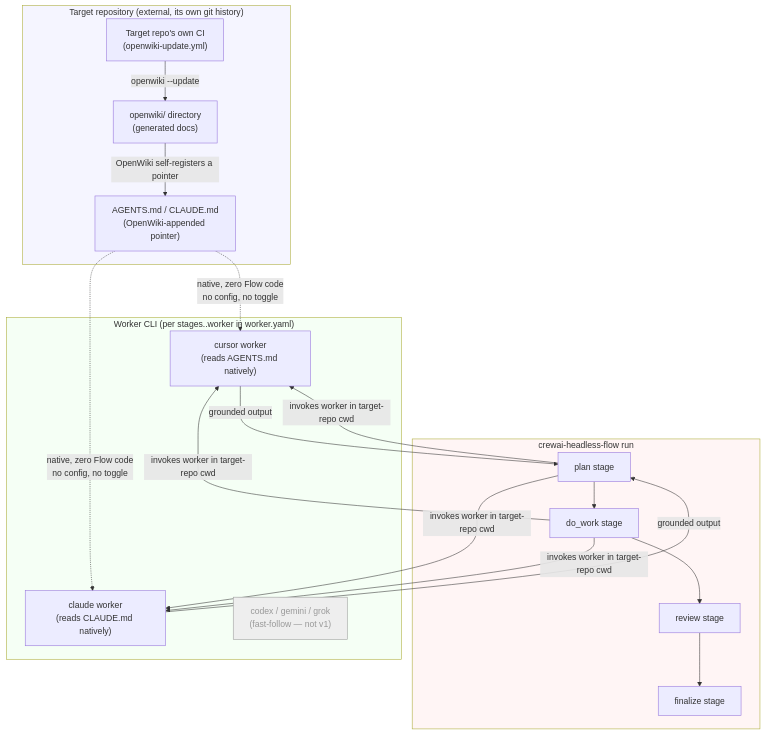
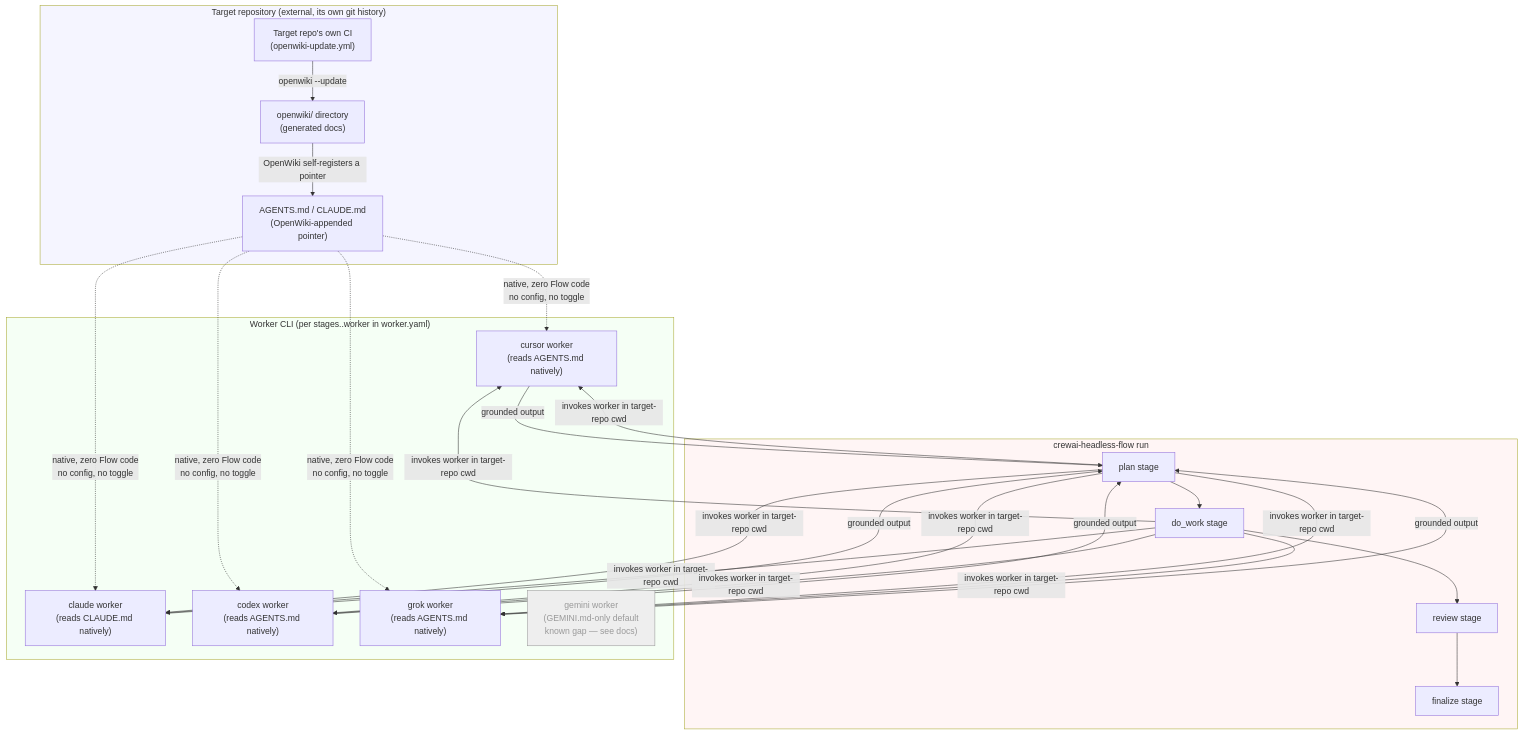
The diagram in docs/plans/2026-07-06-domain-model-integration.md (rmerk/crewai-headless-flow), drawn with Mermaid before and after one commit. The commit also changed other lines of this file and 3 other files, not shown here.

````diff
--- a/docs/plans/2026-07-06-domain-model-integration.md
+++ b/docs/plans/2026-07-06-domain-model-integration.md
@@ -42,40 +42,50 @@
 ```mermaid
 flowchart TD
     subgraph TargetRepo["Target repository (external, its own git history)"]
         CI["Target repo's own CI\n(openwiki-update.yml)"]
         OW["openwiki/ directory\n(generated docs)"]
         AM["AGENTS.md / CLAUDE.md\n(OpenWiki-appended pointer)"]
         CI -->|"openwiki --update"| OW
         OW -->|"OpenWiki self-registers a pointer"| AM
     end
 
     subgraph Flow["crewai-headless-flow run"]
         Plan["plan stage"]
         DoWork["do_work stage"]
         Review["review stage"]
         Finalize["finalize stage"]
         Plan --> DoWork --> Review --> Finalize
     end
 
     subgraph Workers["Worker CLI (per stages.<stage>.worker in worker.yaml)"]
         Cursor["cursor worker\n(reads AGENTS.md natively)"]
         Claude["claude worker\n(reads CLAUDE.md natively)"]
-        Others["codex / gemini / grok\n(fast-follow — not v1)"]
+        Codex["codex worker\n(reads AGENTS.md natively)"]
+        Grok["grok worker\n(reads AGENTS.md natively)"]
+        Gemini["gemini worker\n(GEMINI.md-only default\nknown gap — see docs)"]
     end
 
     AM -.->|"native, zero Flow code\nno config, no toggle"| Cursor
     AM -.->|"native, zero Flow code\nno config, no toggle"| Claude
+    AM -.->|"native, zero Flow code\nno config, no toggle"| Codex
+    AM -.->|"native, zero Flow code\nno config, no toggle"| Grok
 
     Plan -->|"invokes worker in target-repo cwd"| Cursor
     Plan -->|"invokes worker in target-repo cwd"| Claude
+    Plan -->|"invokes worker in target-repo cwd"| Codex
+    Plan -->|"invokes worker in target-repo cwd"| Grok
     DoWork -->|"invokes worker in target-repo cwd"| Cursor
     DoWork -->|"invokes worker in target-repo cwd"| Claude
+    DoWork -->|"invokes worker in target-repo cwd"| Codex
+    DoWork -->|"invokes worker in target-repo cwd"| Grok
 
     Cursor -->|"grounded output"| Plan
     Claude -->|"grounded output"| Plan
+    Codex -->|"grounded output"| Plan
+    Grok -->|"grounded output"| Plan
 
-    style Others fill:#eee,stroke:#999,color:#999
+    style Gemini fill:#eee,stroke:#999,color:#999
     style TargetRepo fill:#f5f5ff
     style Flow fill:#fff5f5
     style Workers fill:#f5fff5
 ```
````
